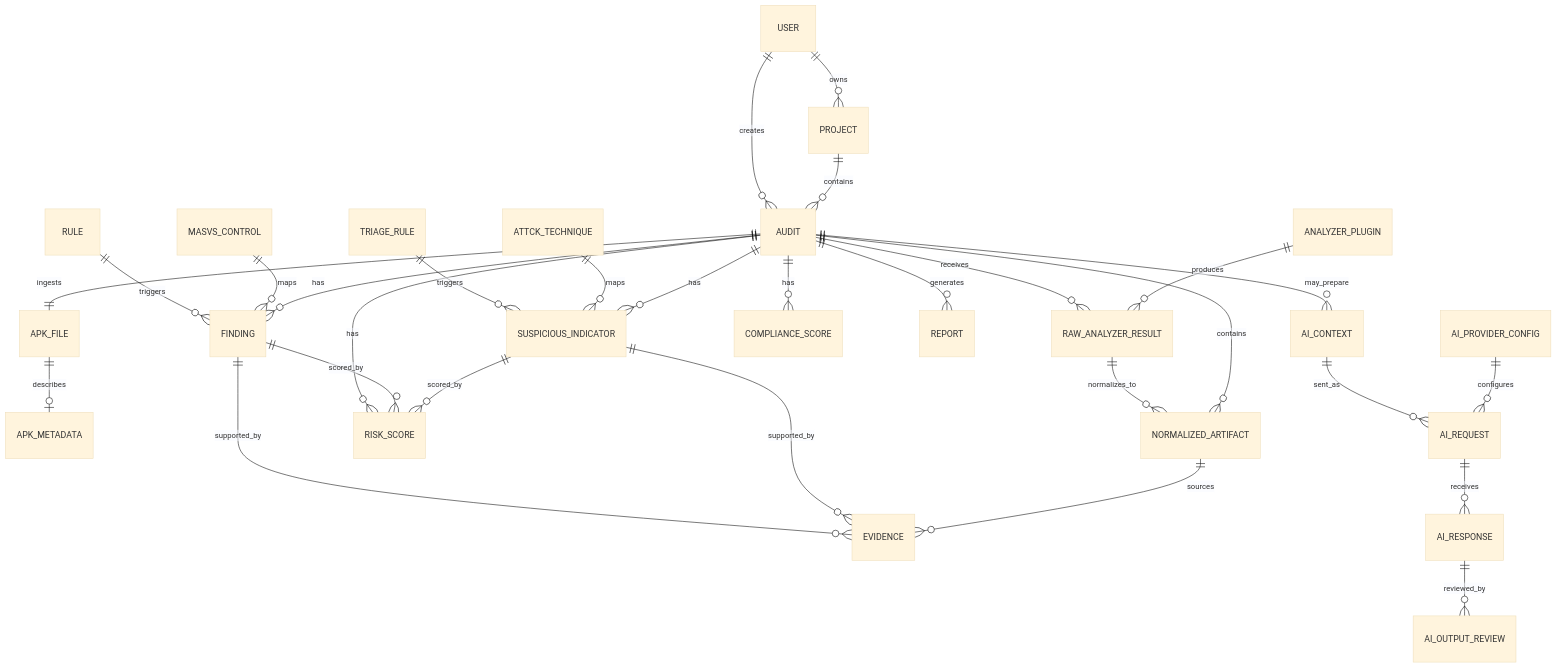
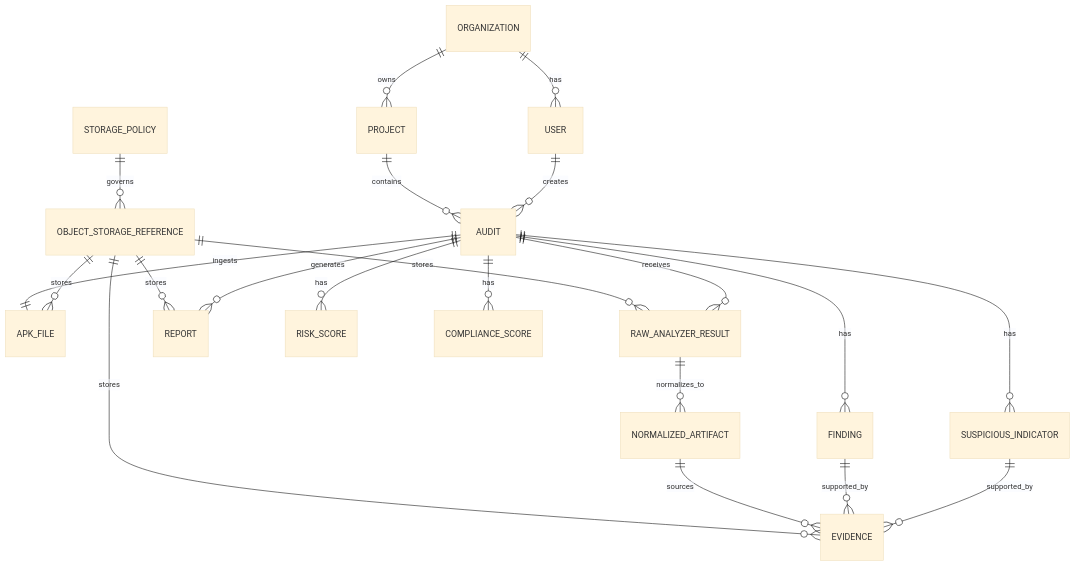
The diagram in docs/04_Design/07_Data_Model.md (nine11-tech/MSAP), drawn with Mermaid (base theme) before and after one commit. The commit also changed other lines of this file and 44 other files, not shown here.

Commit message:
Pivot MSAP to cloud-native Kubernetes architecture

````diff
--- a/docs/04_Design/07_Data_Model.md
+++ b/docs/04_Design/07_Data_Model.md
@@ -155,31 +45,23 @@
 ```mermaid
 erDiagram
-    USER ||--o{ PROJECT : owns
+    ORGANIZATION ||--o{ USER : has
+    ORGANIZATION ||--o{ PROJECT : owns
+    PROJECT ||--o{ AUDIT : contains
     USER ||--o{ AUDIT : creates
-    PROJECT ||--o{ AUDIT : contains
     AUDIT ||--|| APK_FILE : ingests
-    APK_FILE ||--o| APK_METADATA : describes
+    OBJECT_STORAGE_REFERENCE ||--o{ APK_FILE : stores
+    OBJECT_STORAGE_REFERENCE ||--o{ RAW_ANALYZER_RESULT : stores
+    OBJECT_STORAGE_REFERENCE ||--o{ EVIDENCE : stores
+    OBJECT_STORAGE_REFERENCE ||--o{ REPORT : stores
+    STORAGE_POLICY ||--o{ OBJECT_STORAGE_REFERENCE : governs
     AUDIT ||--o{ RAW_ANALYZER_RESULT : receives
-    ANALYZER_PLUGIN ||--o{ RAW_ANALYZER_RESULT : produces
     RAW_ANALYZER_RESULT ||--o{ NORMALIZED_ARTIFACT : normalizes_to
-    AUDIT ||--o{ NORMALIZED_ARTIFACT : contains
-    RULE ||--o{ FINDING : triggers
-    MASVS_CONTROL ||--o{ FINDING : maps
-    TRIAGE_RULE ||--o{ SUSPICIOUS_INDICATOR : triggers
-    ATTCK_TECHNIQUE ||--o{ SUSPICIOUS_INDICATOR : maps
     AUDIT ||--o{ FINDING : has
     AUDIT ||--o{ SUSPICIOUS_INDICATOR : has
+    NORMALIZED_ARTIFACT ||--o{ EVIDENCE : sources
     FINDING ||--o{ EVIDENCE : supported_by
     SUSPICIOUS_INDICATOR ||--o{ EVIDENCE : supported_by
-    NORMALIZED_ARTIFACT ||--o{ EVIDENCE : sources
     AUDIT ||--o{ RISK_SCORE : has
-    FINDING ||--o{ RISK_SCORE : scored_by
-    SUSPICIOUS_INDICATOR ||--o{ RISK_SCORE : scored_by
     AUDIT ||--o{ COMPLIANCE_SCORE : has
     AUDIT ||--o{ REPORT : generates
-    AUDIT ||--o{ AI_CONTEXT : may_prepare
-    AI_CONTEXT ||--o{ AI_REQUEST : sent_as
-    AI_REQUEST ||--o{ AI_RESPONSE : receives
-    AI_RESPONSE ||--o{ AI_OUTPUT_REVIEW : reviewed_by
-    AI_PROVIDER_CONFIG ||--o{ AI_REQUEST : configures
 ```
````
